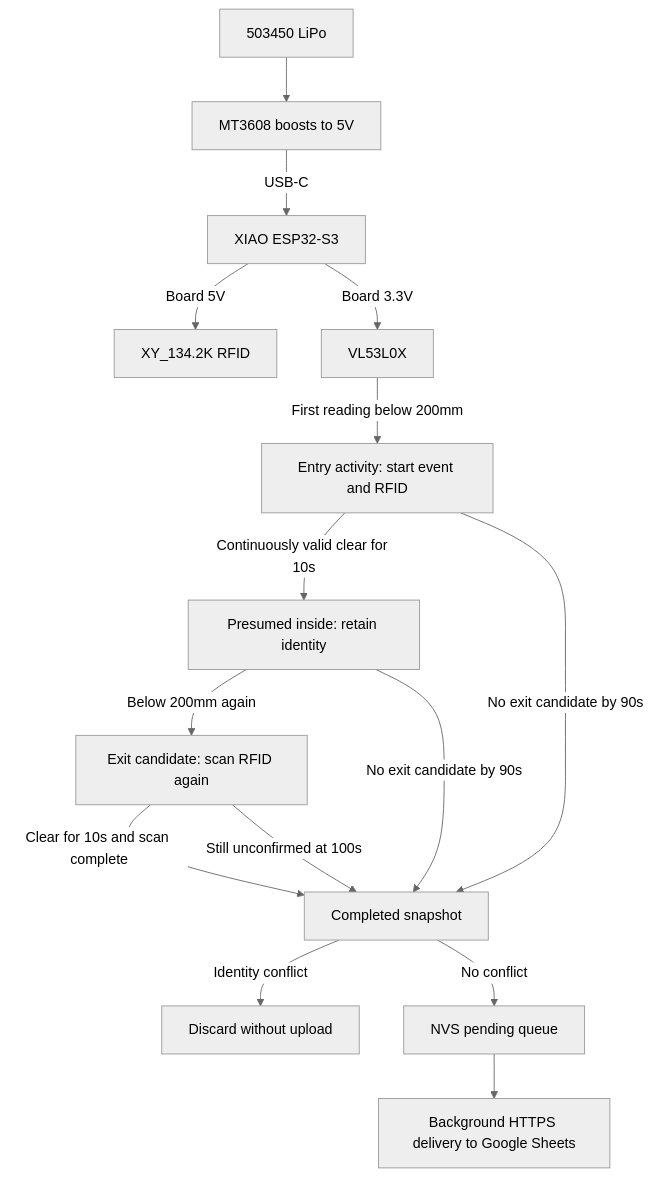
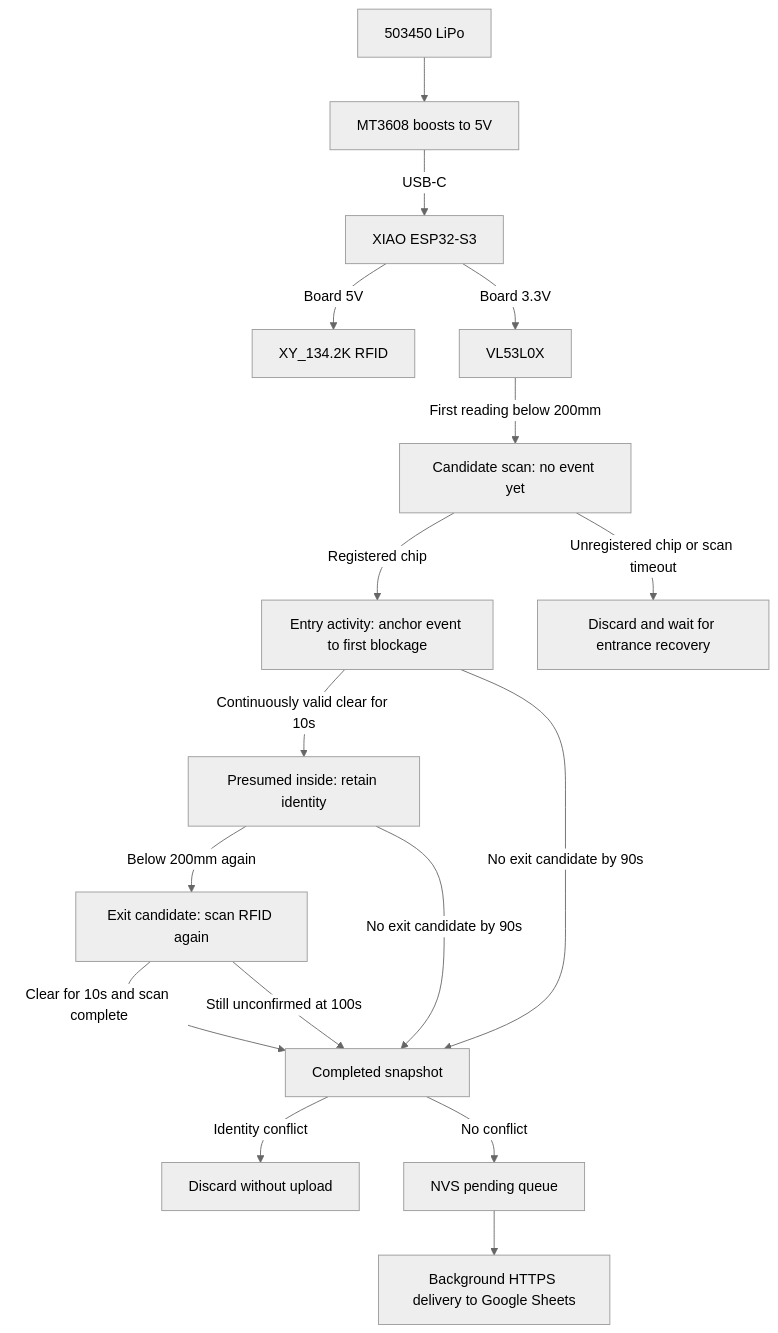
Before and after one commit to ziv50109/smart-litter-cabinet: the diagram in README.md, drawn with Mermaid (neutral theme). The commit also changed other lines of this file and 5 other files, not shown here.

First line of the commit message:
Require registered RFID before starting visits

````diff
--- a/README.md
+++ b/README.md
@@ -11,17 +11,19 @@
 ```mermaid
 flowchart TD
     Battery[503450 LiPo] --> Boost[MT3608 boosts to 5V]
     Boost -->|USB-C| ESP32[XIAO ESP32-S3]
     ESP32 -->|Board 5V| RFID[XY_134.2K RFID]
     ESP32 -->|Board 3.3V| ToF[VL53L0X]
-    ToF -->|First reading below 200mm| Entry[Entry activity: start event and RFID]
+    ToF -->|First reading below 200mm| Candidate[Candidate scan: no event yet]
+    Candidate -->|Registered chip| Entry[Entry activity: anchor event to first blockage]
+    Candidate -->|Unregistered chip or scan timeout| DropCandidate[Discard and wait for entrance recovery]
     Entry -->|Continuously valid clear for 10s| Inside[Presumed inside: retain identity]
     Inside -->|Below 200mm again| Exit[Exit candidate: scan RFID again]
     Exit -->|Clear for 10s and scan complete| Close[Completed snapshot]
     Entry -->|No exit candidate by 90s| Close
     Inside -->|No exit candidate by 90s| Close
     Exit -->|Still unconfirmed at 100s| Close
     Close -->|Identity conflict| Drop[Discard without upload]
     Close -->|No conflict| Queue[NVS pending queue]
     Queue --> Worker[Background HTTPS delivery to Google Sheets]
 ```
````
